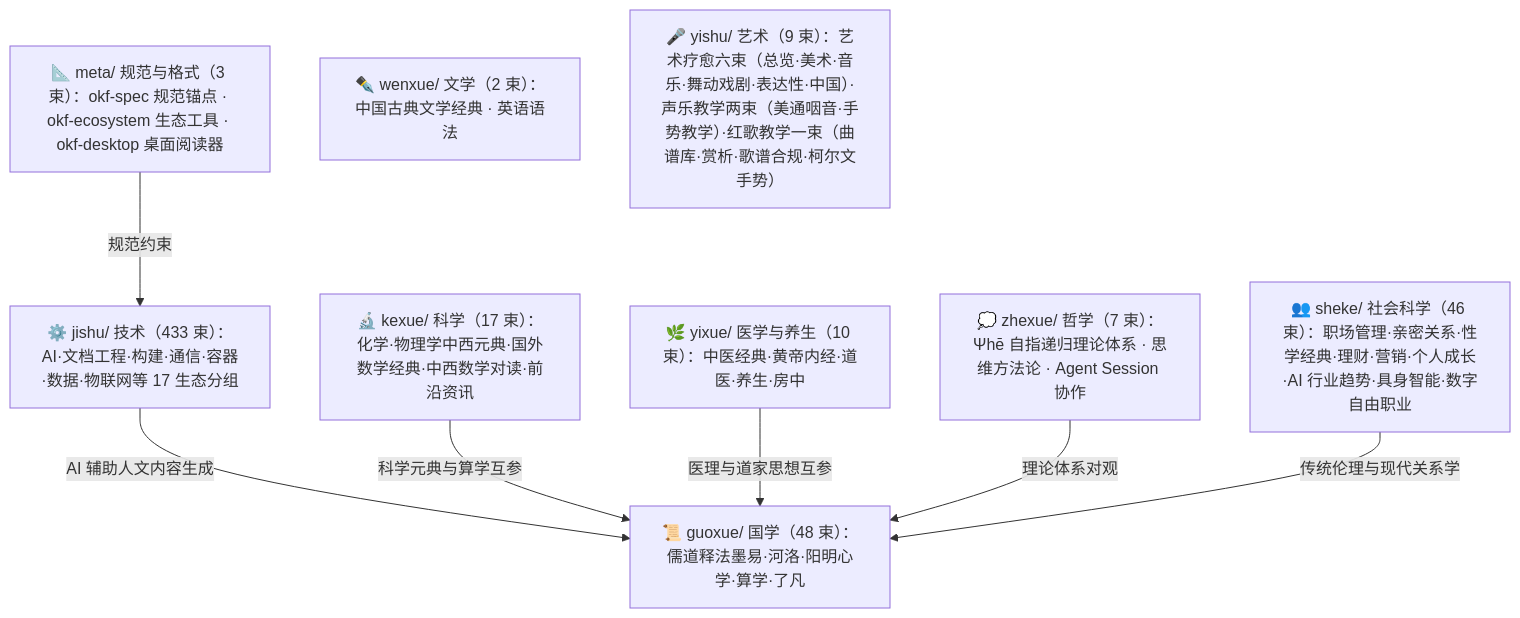
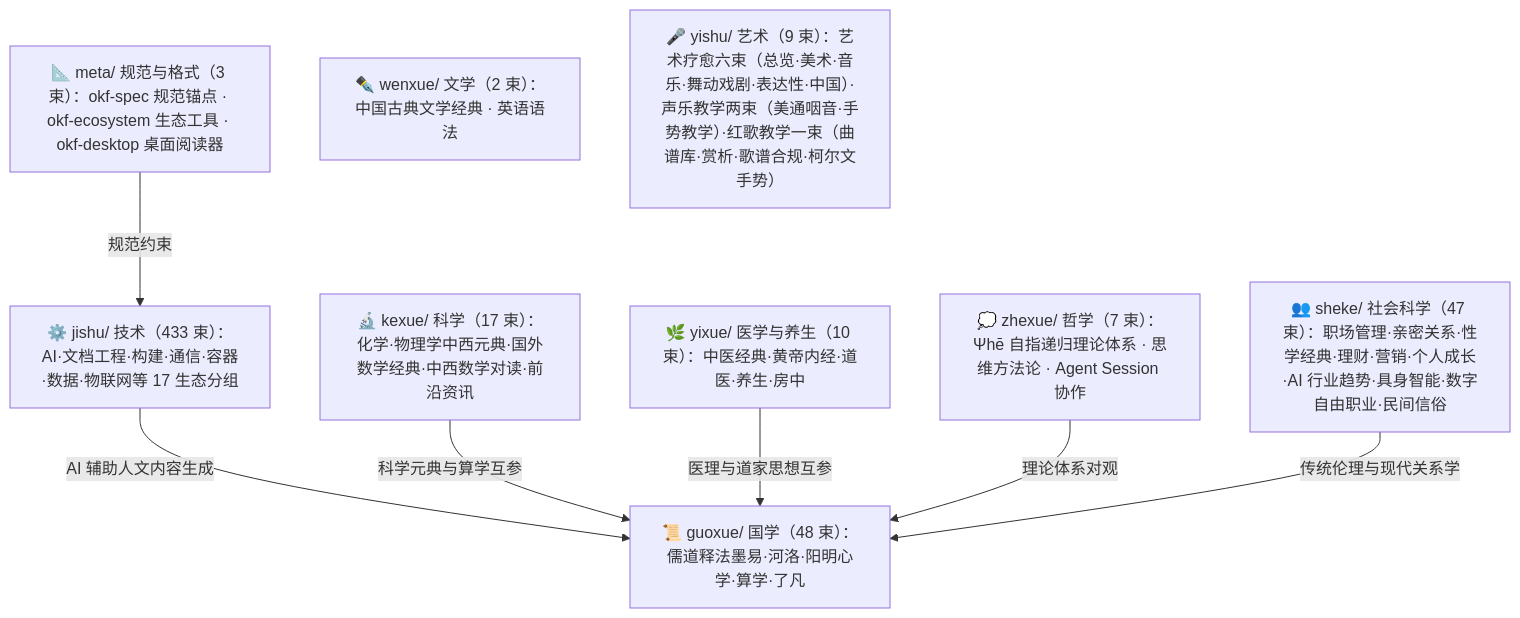
The diagram in doc/bundles/index.md (awesome-flexloop/awesome-okf), drawn with Mermaid before and after one commit. The commit also changed other lines of this file and 25 other files, not shown here.

````diff
--- a/doc/bundles/index.md
+++ b/doc/bundles/index.md
@@ -21,18 +21,18 @@
 ```mermaid
 flowchart TD
     meta["📐 meta/ 规范与格式（3 束）：okf-spec 规范锚点 · okf-ecosystem 生态工具 · okf-desktop 桌面阅读器"]
     guoxue["📜 guoxue/ 国学（48 束）：儒道释法墨易·河洛·阳明心学·算学·了凡"]
     zhexue["💭 zhexue/ 哲学（7 束）：Ψhē 自指递归理论体系 · 思维方法论 · Agent Session 协作"]
     kexue["🔬 kexue/ 科学（17 束）：化学·物理学中西元典·国外数学经典·中西数学对读·前沿资讯"]
     wenxue["✒️ wenxue/ 文学（2 束）：中国古典文学经典 · 英语语法"]
     yixue["🌿 yixue/ 医学与养生（10 束）：中医经典·黄帝内经·道医·养生·房中"]
-    sheke["👥 sheke/ 社会科学（46 束）：职场管理·亲密关系·性学经典·理财·营销·个人成长·AI 行业趋势·具身智能·数字自由职业"]
+    sheke["👥 sheke/ 社会科学（47 束）：职场管理·亲密关系·性学经典·理财·营销·个人成长·AI 行业趋势·具身智能·数字自由职业·民间信俗"]
     yishu["🎤 yishu/ 艺术（9 束）：艺术疗愈六束（总览·美术·音乐·舞动戏剧·表达性·中国）·声乐教学两束（美通咽音·手势教学）·红歌教学一束（曲谱库·赏析·歌谱合规·柯尔文手势）"]
     jishu["⚙️ jishu/ 技术（433 束）：AI·文档工程·构建·通信·容器·数据·物联网等 17 生态分组"]
     meta -->|"规范约束"| jishu
     jishu -->|"AI 辅助人文内容生成"| guoxue
     kexue -->|"科学元典与算学互参"| guoxue
     yixue -->|"医理与道家思想互参"| guoxue
     zhexue -->|"理论体系对观"| guoxue
     sheke -->|"传统伦理与现代关系学"| guoxue
 ```
````
